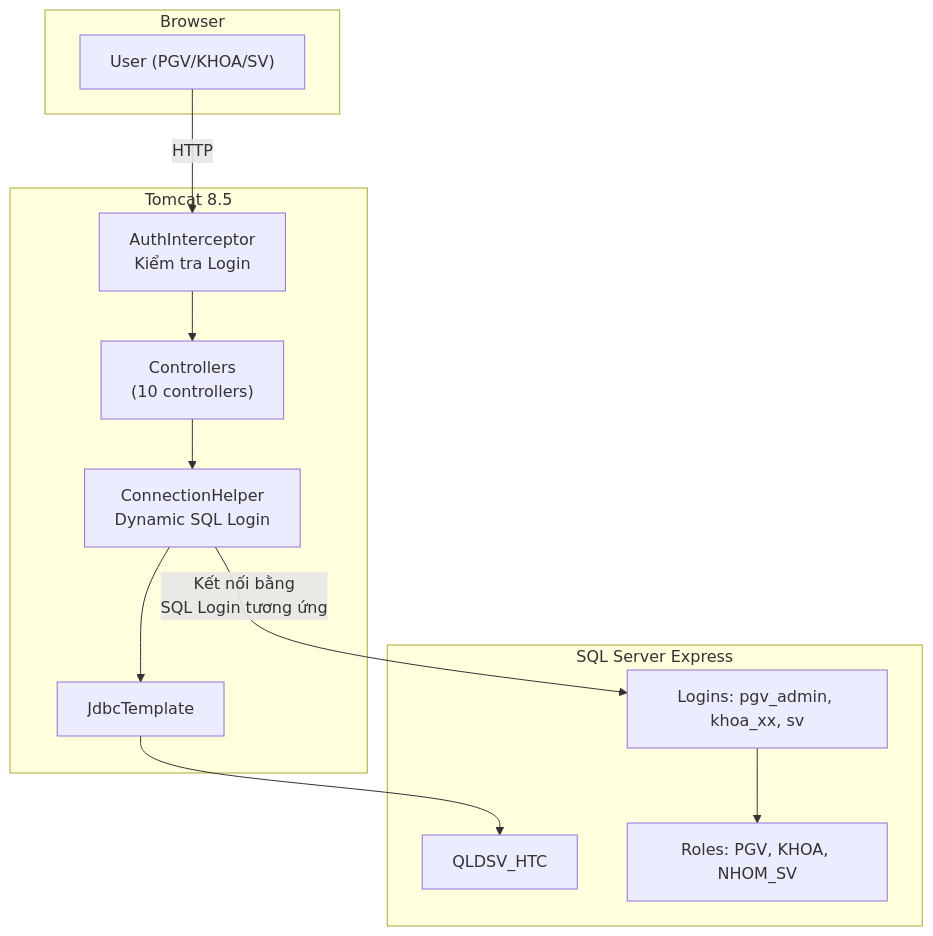
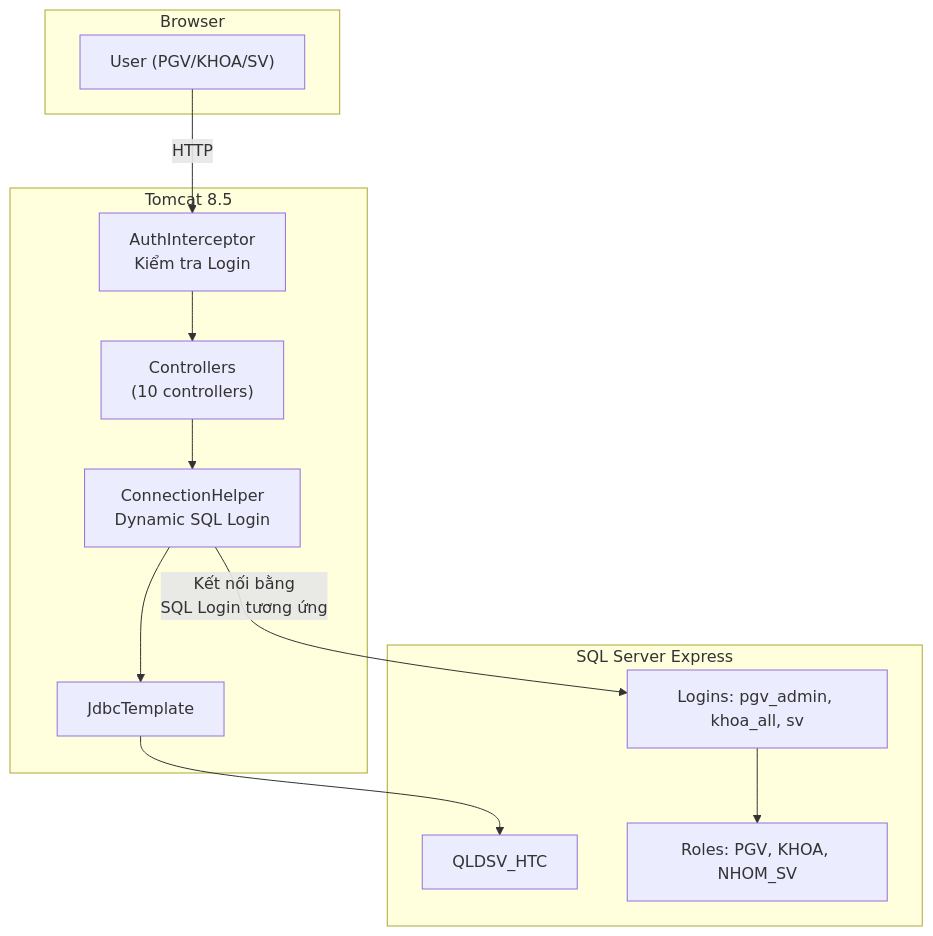
The diagram in walkthrough.md (freekunai01-ops/hqtcsdl_nhom16_de3), drawn with Mermaid before and after one commit. The commit also changed other lines of this file and 33 other files, not shown here.

Commit message:
Refactor and cleanup: standardize character encoding, update database schema check constraints, complete UTF-8 mock data imports, and delete obsolete SQL files

````diff
--- a/walkthrough.md
+++ b/walkthrough.md
@@ -167,20 +184,20 @@
 ```mermaid
 graph TB
     subgraph "Browser"
         U["User (PGV/KHOA/SV)"]
     end
     subgraph "Tomcat 8.5"
         AI["AuthInterceptor<br/>Kiểm tra Login"]
         C["Controllers<br/>(10 controllers)"]
         CH["ConnectionHelper<br/>Dynamic SQL Login"]
         JT["JdbcTemplate"]
     end
     subgraph "SQL Server Express"
         DB["QLDSV_HTC"]
         R["Roles: PGV, KHOA, NHOM_SV"]
-        L["Logins: pgv_admin, khoa_xx, sv"]
+        L["Logins: pgv_admin, khoa_all, sv"]
     end
     U -->|HTTP| AI --> C --> CH --> JT --> DB
     L --> R
     CH -->|"Kết nối bằng<br/>SQL Login tương ứng"| L
 ```
````
